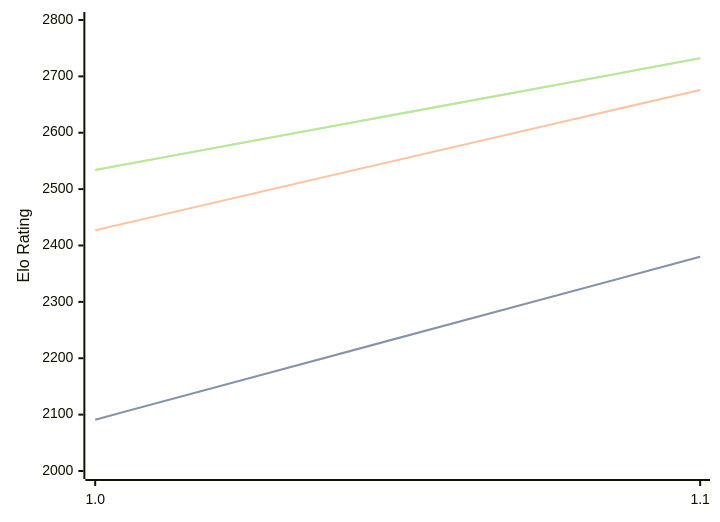
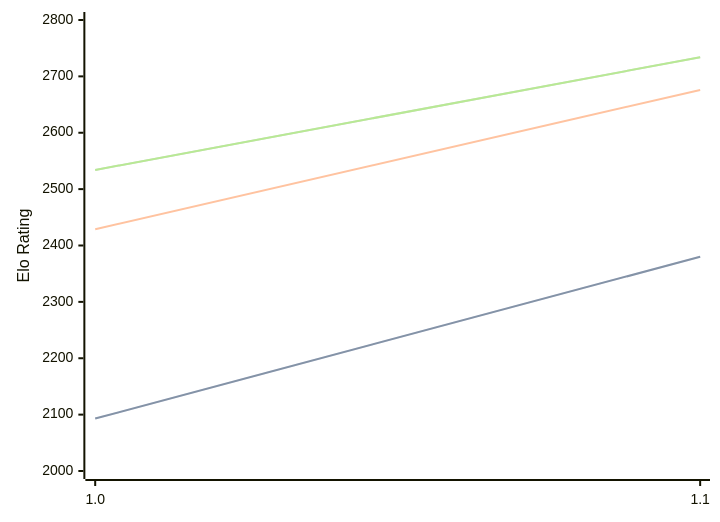
One commit to computer-chess-index/cci changed the diagram in engines/Erinn.md. Above: the diagram before and after it, drawn with Mermaid. The commit also changed other lines of this file, not shown here.

Commit message:
Update CCI Ratings (ELO VLTC) - 2026-09-14

````diff
--- a/engines/Erinn.md
+++ b/engines/Erinn.md
@@ -32,11 +32,11 @@
 ```mermaid
 %%{init: {"theme":"base","themeVariables":{"seriesColors:['#a3a3a3','#222221','#faa371']}}}%%
 xychart-beta
   x-axis ["1.0", "1.1"]
   y-axis "Elo Rating" 2000 --> 2800
-  line "" [2091, 2380]
-  line "STC (8.0+0.08s)" [2091, 2380]
-  line "LTC (60.0+0.60s)" [2427, 2676]
-  line "" [2534, 2732]
-  line "VLTC (2m24s+1.12s)" [2534, 2732]
+  line "" [2093, 2380]
+  line "STC (8.0+0.08s)" [2093, 2380]
+  line "LTC (60.0+0.60s)" [2429, 2676]
+  line "" [2534, 2734]
+  line "VLTC (2m24s+1.12s)" [2534, 2734]
 ```
````
